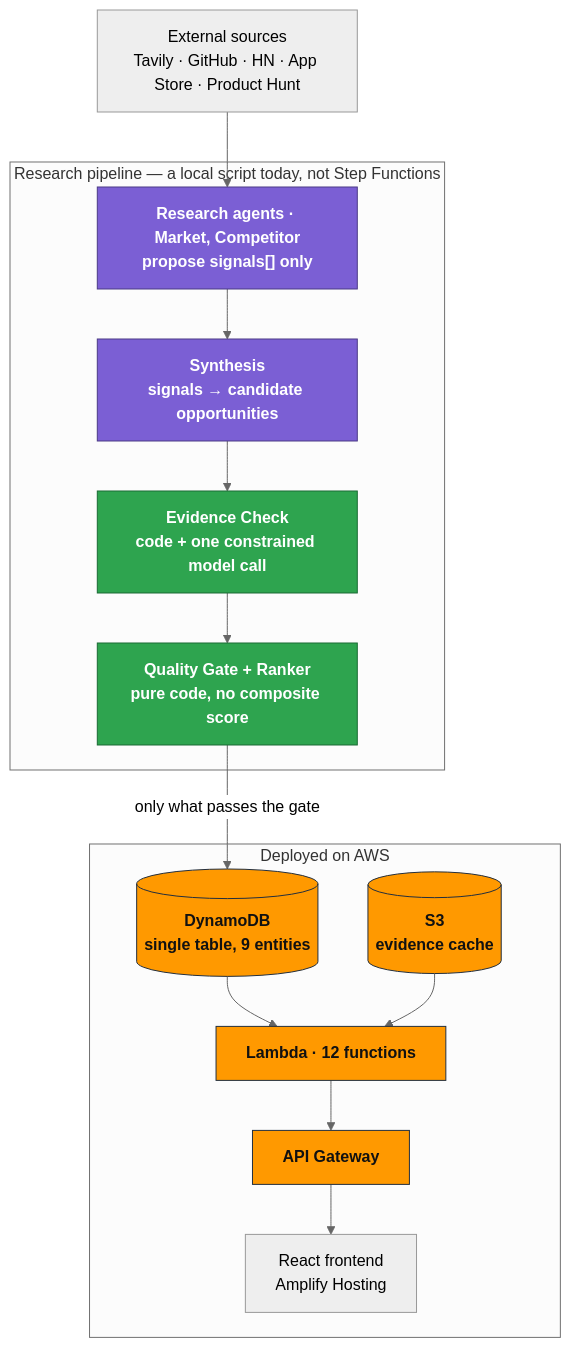
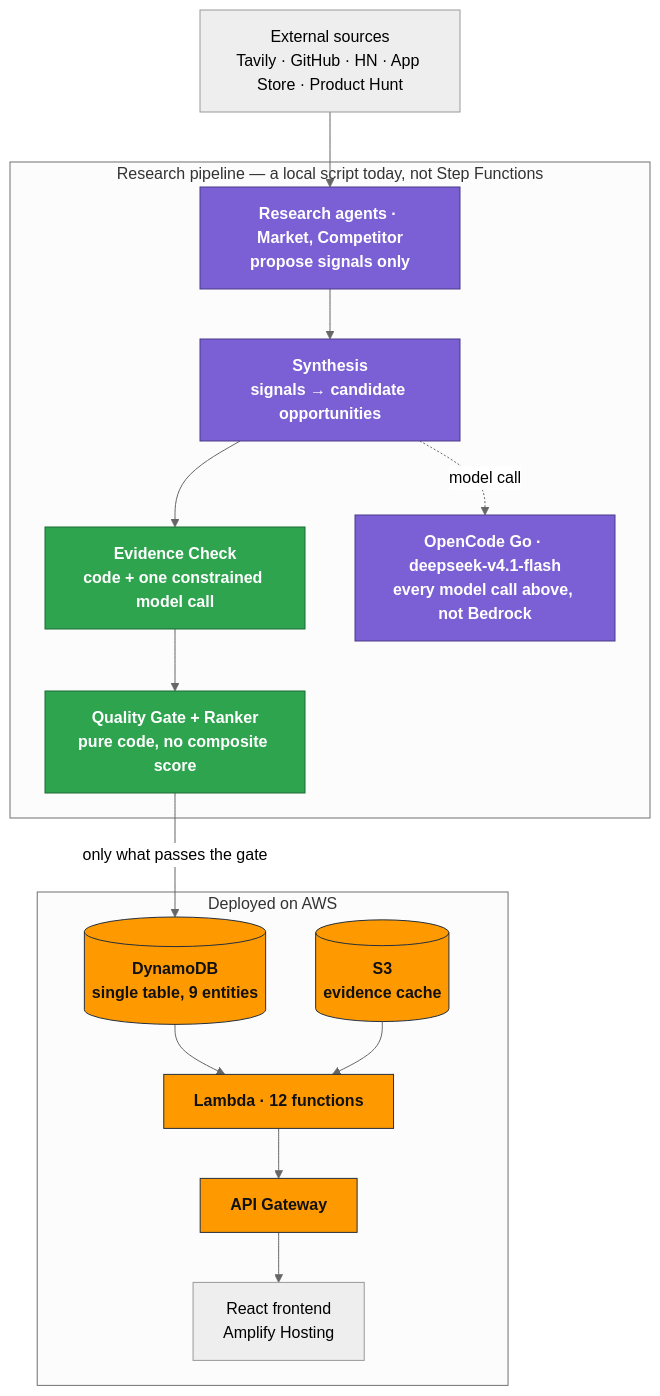
The diagram in README.md (Niranjan-cyber/BusyFox), drawn with Mermaid (neutral theme) before and after one commit.

Commit message:
README diagram: name OpenCode Go as the model behind the purple boxes
The diagram colour-coded "a model decides" but never said which model, so
the Bedrock substitution only lived in the prose underneath.

Tried it as a second line on the subgraph title first — Mermaid doesn't
reserve vertical space for a multi-line subgraph label, so the first node
renders on top of it. One node plus one dotted edge off Synthesis instead,
matching docs/architecture-diagram.md. The label says "every model call
above" because drawing an edge per call site is what made the earlier
version of this diagram unreadable.

````diff
--- a/README.md
+++ b/README.md
@@ -43,33 +43,35 @@
 ```mermaid
 flowchart TD
     EXT["External sources<br>Tavily · GitHub · HN · App Store · Product Hunt"]
 
     subgraph PIPE["Research pipeline — a local script today, not Step Functions"]
-        AG["Research agents · Market, Competitor<br>propose signals[] only"]
+        AG["Research agents · Market, Competitor<br>propose signals only"]
         SYN["Synthesis<br>signals → candidate opportunities"]
         EC["Evidence Check<br>code + one constrained model call"]
         QG["Quality Gate + Ranker<br>pure code, no composite score"]
+        OCG["OpenCode Go · deepseek-v4.1-flash<br>every model call above, not Bedrock"]
         AG --> SYN --> EC --> QG
+        SYN -.->|"model call"| OCG
     end
 
     subgraph AWS["Deployed on AWS"]
         DDB[("DynamoDB<br>single table, 9 entities")]
         S3[("S3<br>evidence cache")]
         LAM["Lambda · 12 functions"]
         GW["API Gateway"]
         FE["React frontend<br>Amplify Hosting"]
         DDB --> LAM
         S3 --> LAM
         LAM --> GW --> FE
     end
 
     EXT --> AG
     QG -->|"only what passes the gate"| DDB
 
     classDef aws fill:#FF9900,stroke:#232F3E,color:#111,font-weight:bold;
     classDef verify fill:#2ea44f,stroke:#1a6b34,color:#fff,font-weight:bold;
     classDef model fill:#7b5fd4,stroke:#4b3a86,color:#fff,font-weight:bold;
     class GW,LAM,DDB,S3 aws;
     class EC,QG verify;
-    class AG,SYN model;
+    class AG,SYN,OCG model;
 ```
````
